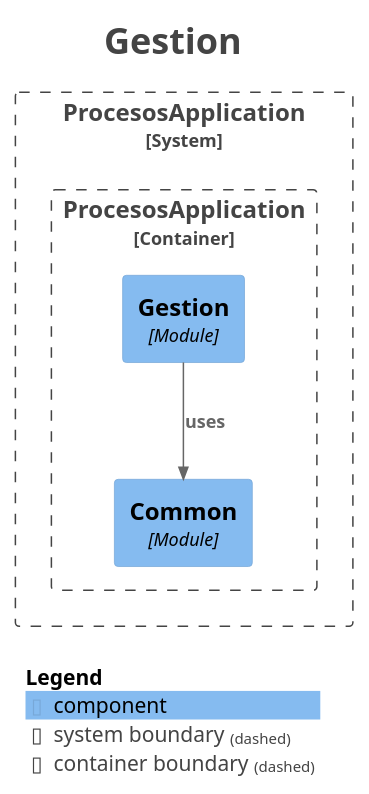
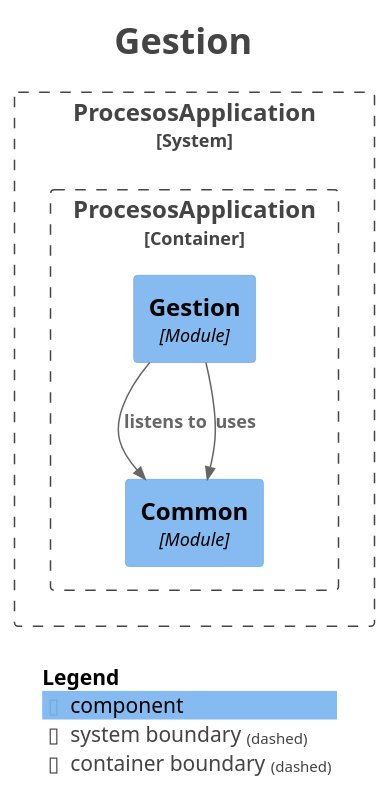
Before and after one commit to AndresContreras1/bpmn-process-manager-api: the diagram in docs/modules/module-gestion.puml, drawn with PlantUML. The commit also changed 36 other files, not shown here.

```diff
--- a/docs/modules/module-gestion.puml
+++ b/docs/modules/module-gestion.puml
@@ -1,30 +1,31 @@
 @startuml
 title <size:24>Gestion</size>
 
 set separator none
 top to bottom direction
 
 <style>
   root {
     BackgroundColor: #ffffff
     FontColor: #444444
   }
 </style>
 
 !include <C4/C4>
 !include <C4/C4_Context>
 !include <C4/C4_Component>
 
 System_Boundary("ProcesosApplication_boundary", "ProcesosApplication", $tags="") {
   Container_Boundary("ProcesosApplication.ProcesosApplication_boundary", "ProcesosApplication", $tags="") {
     Component(ProcesosApplication.ProcesosApplication.Common, "Common", $techn="Module", $descr="", $tags="", $link="")
     Component(ProcesosApplication.ProcesosApplication.Gestion, "Gestion", $techn="Module", $descr="", $tags="", $link="")
   }
 
 }
 
+Rel(ProcesosApplication.ProcesosApplication.Gestion, ProcesosApplication.ProcesosApplication.Common, "listens to", $techn="", $tags="", $link="")
 Rel(ProcesosApplication.ProcesosApplication.Gestion, ProcesosApplication.ProcesosApplication.Common, "uses", $techn="", $tags="", $link="")
 
 SHOW_LEGEND(true)
 hide stereotypes
 @enduml
```
